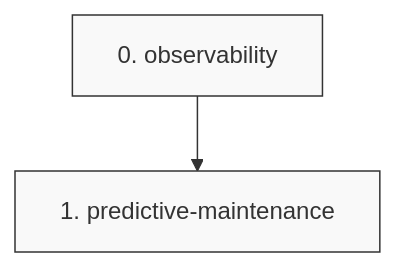
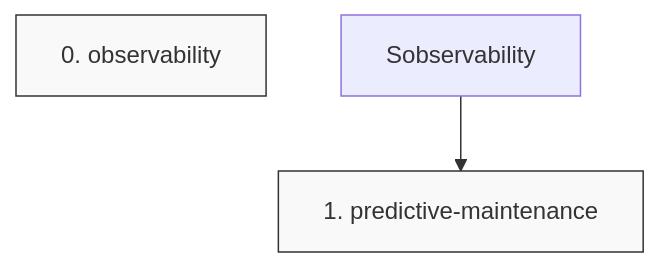
Before and after one commit to masondev1024/robot-data-pipeline: the diagram in phases/5-hardening/DAG.md, drawn with Mermaid. The commit also changed 1 other file, not shown here.

Commit message:
feat(5-hardening): step 0 — observability

````diff
--- a/phases/5-hardening/DAG.md
+++ b/phases/5-hardening/DAG.md
@@ -3,12 +3,12 @@
 ```mermaid
 graph TD
   classDef completed fill:#4CAF50,stroke:#fff,color:#fff;
   classDef pending fill:#f9f9f9,stroke:#333;
   classDef error fill:#f44336,stroke:#fff,color:#fff;
   classDef blocked fill:#FF9800,stroke:#fff,color:#fff;
   S0["0. observability"]
   class S0 pending;
   S1["1. predictive-maintenance"]
   class S1 pending;
-  S0 --> S1
+  Sobservability --> S1
 ```
````
